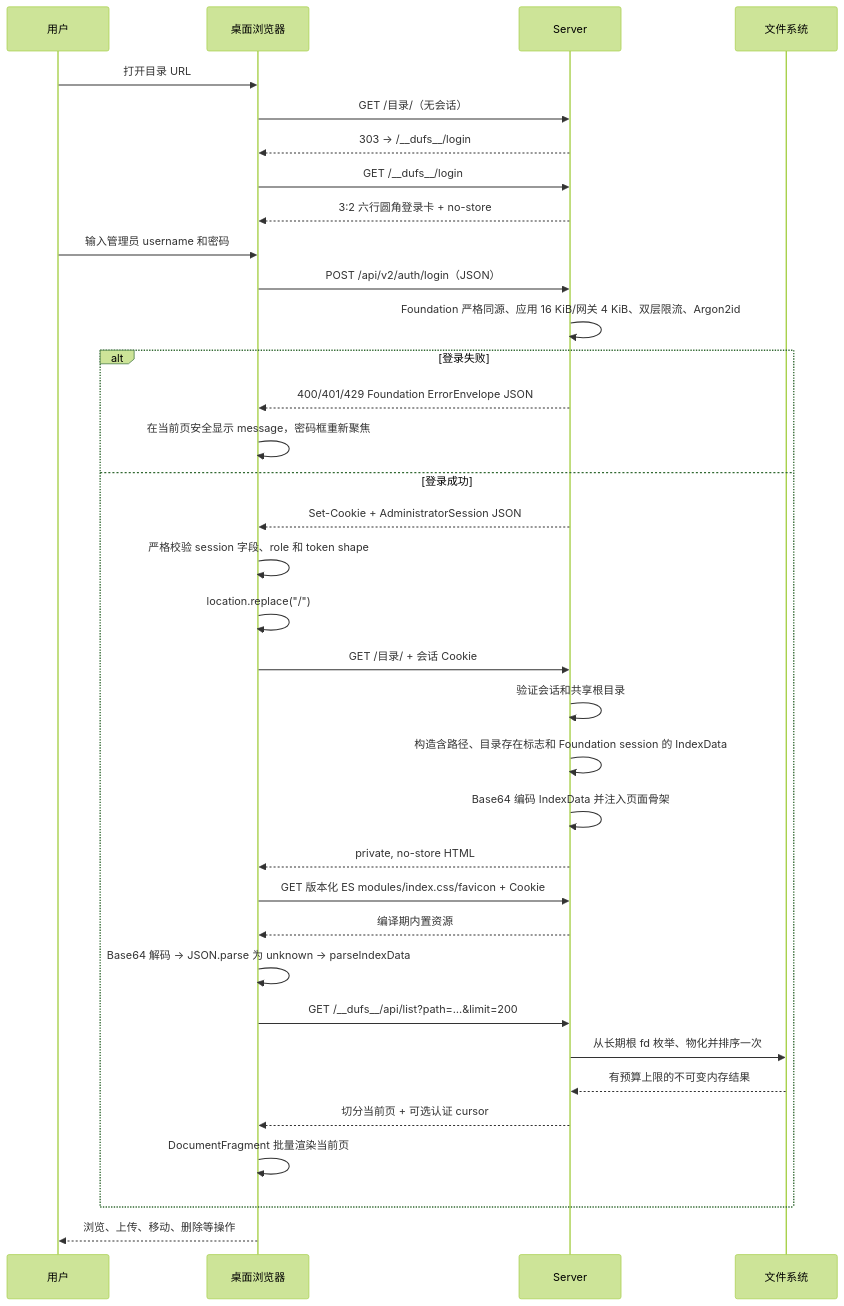
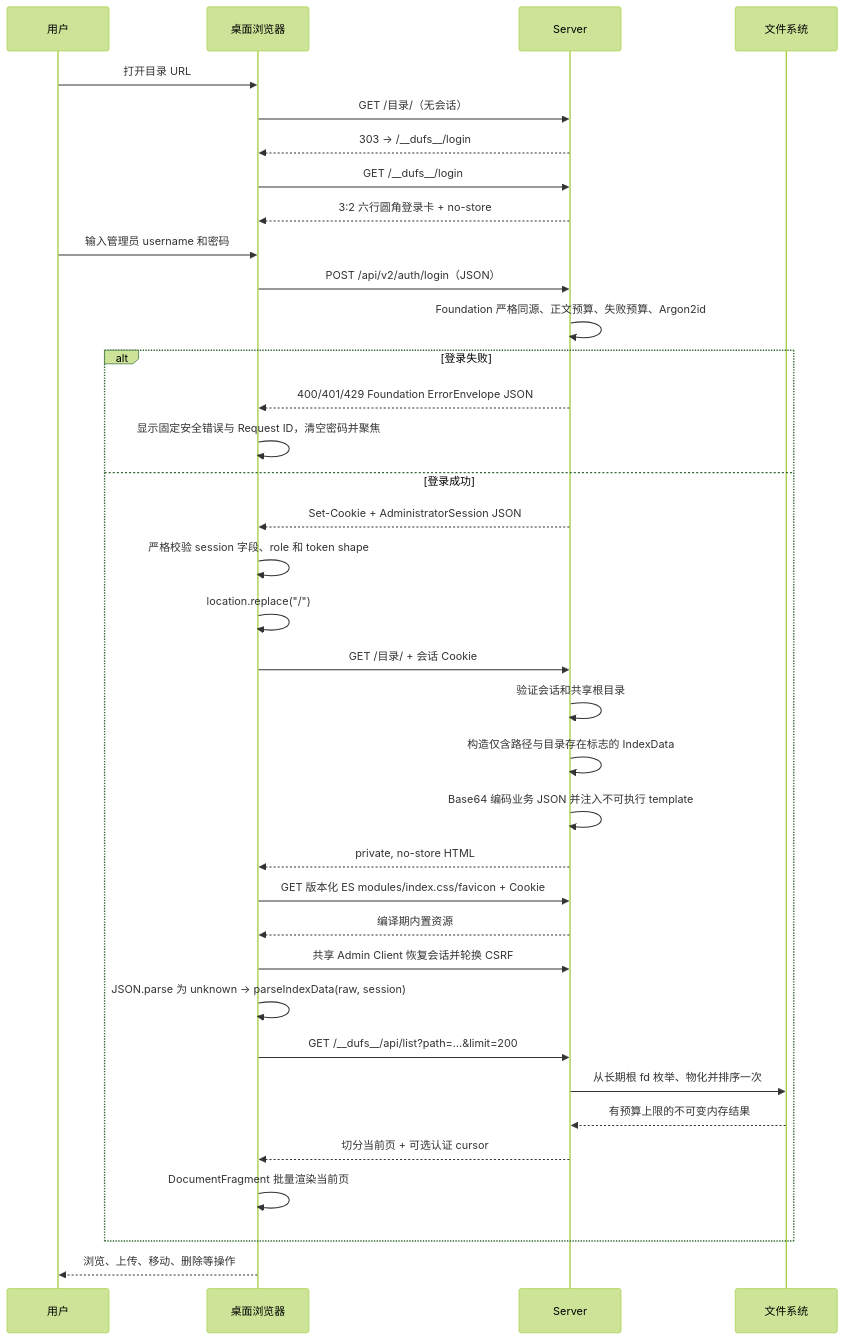
One commit to isarmg/dufs-ram changed the fifth of 21 diagrams in docs/project-workflow.md. Above: the diagram before and after it, drawn with Mermaid (forest theme). The commit also changed other lines of this file and 88 other files, not shown here.

````diff
--- a/docs/project-workflow.md
+++ b/docs/project-workflow.md
@@ -233,38 +206,39 @@
 ```mermaid
 sequenceDiagram
     participant U as 用户
     participant B as 桌面浏览器
     participant S as Server
     participant F as 文件系统
 
     U->>B: 打开目录 URL
     B->>S: GET /目录/（无会话）
     S-->>B: 303 → /__dufs__/login
     B->>S: GET /__dufs__/login
     S-->>B: 3:2 六行圆角登录卡 + no-store
     U->>B: 输入管理员 username 和密码
     B->>S: POST /api/v2/auth/login（JSON）
-    S->>S: Foundation 严格同源、应用 16 KiB/网关 4 KiB、双层限流、Argon2id
+    S->>S: Foundation 严格同源、正文预算、失败预算、Argon2id
     alt 登录失败
         S-->>B: 400/401/429 Foundation ErrorEnvelope JSON
-        B->>B: 在当前页安全显示 message，密码框重新聚焦
+        B->>B: 显示固定安全错误与 Request ID，清空密码并聚焦
     else 登录成功
         S-->>B: Set-Cookie + AdministratorSession JSON
         B->>B: 严格校验 session 字段、role 和 token shape
         B->>B: location.replace("/")
         B->>S: GET /目录/ + 会话 Cookie
         S->>S: 验证会话和共享根目录
-        S->>S: 构造含路径、目录存在标志和 Foundation session 的 IndexData
-        S->>S: Base64 编码 IndexData 并注入页面骨架
+        S->>S: 构造仅含路径与目录存在标志的 IndexData
+        S->>S: Base64 编码业务 JSON 并注入不可执行 template
         S-->>B: private, no-store HTML
         B->>S: GET 版本化 ES modules/index.css/favicon + Cookie
         S-->>B: 编译期内置资源
-        B->>B: Base64 解码 → JSON.parse 为 unknown → parseIndexData
+        B->>S: 共享 Admin Client 恢复会话并轮换 CSRF
+        B->>B: JSON.parse 为 unknown → parseIndexData(raw, session)
         B->>S: GET /__dufs__/api/list?path=…&limit=200
         S->>F: 从长期根 fd 枚举、物化并排序一次
         F-->>S: 有预算上限的不可变内存结果
         S-->>B: 切分当前页 + 可选认证 cursor
         B->>B: DocumentFragment 批量渲染当前页
     end
     B-->>U: 浏览、上传、移动、删除等操作
 ```
````
